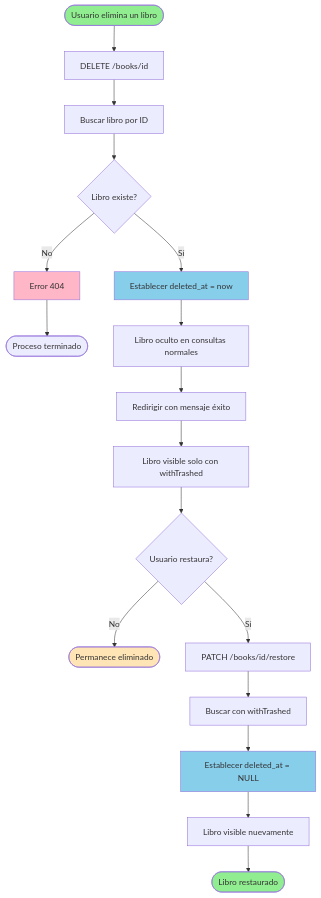
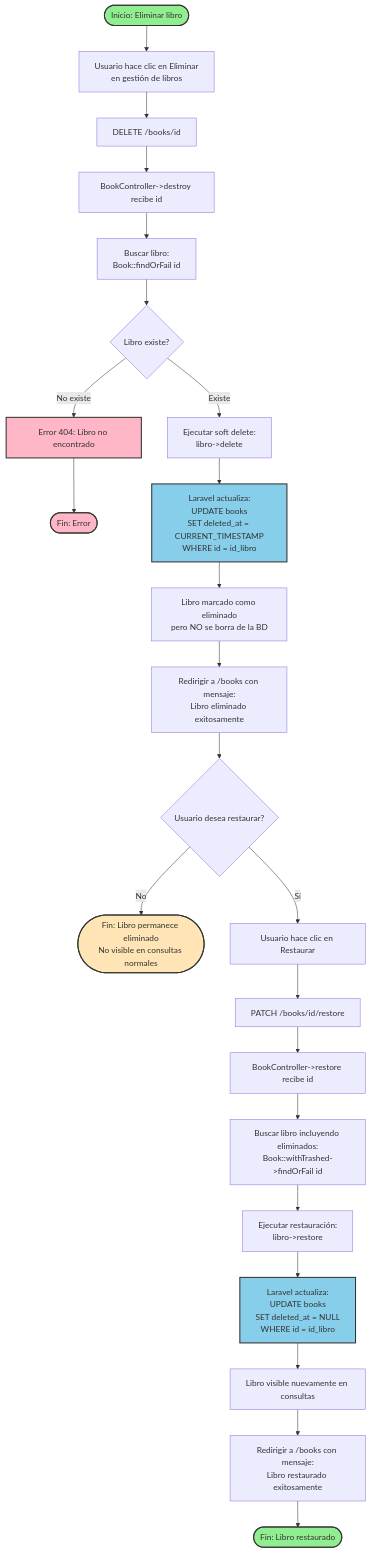
The sixth of 15 diagrams in DIAGRAMAS.md (CristoferGuillen/BiblioTech), drawn with Mermaid before and after one commit. The commit also changed other lines of this file, not shown here.

Commit message:
fix: corrige diagramas con información real y todo en español

````diff
--- a/DIAGRAMAS.md
+++ b/DIAGRAMAS.md
@@ -259,30 +302,40 @@
 ```mermaid
 flowchart TD
-    Start([Usuario elimina un libro]) --> DeleteRequest[DELETE /books/id]
-    DeleteRequest --> FindBook[Buscar libro por ID]
+    A([Inicio: Eliminar libro]) --> B[Usuario hace clic en Eliminar<br/>en gestión de libros]
+    B --> C[DELETE /books/id]
+    C --> D[BookController->destroy recibe id]
     
-    FindBook --> BookExists{Libro existe?}
-    BookExists -->|No| Error404[Error 404]
-    Error404 --> End([Proceso terminado])
+    D --> E[Buscar libro:<br/>Book::findOrFail id]
+    E --> F{Libro existe?}
     
-    BookExists -->|Sí| SoftDelete[Establecer deleted_at = now]
-    SoftDelete --> HideFromQueries[Libro oculto en consultas normales]
-    HideFromQueries --> SuccessDelete[Redirigir con mensaje éxito]
-    SuccessDelete --> ShowTrashed[Libro visible solo con withTrashed]
+    F -->|No existe| G[Error 404: Libro no encontrado]
+    G --> H([Fin: Error])
     
-    ShowTrashed --> RestoreAction{Usuario restaura?}
-    RestoreAction -->|No| StayDeleted([Permanece eliminado])
-    RestoreAction -->|Sí| RestoreRequest[PATCH /books/id/restore]
+    F -->|Existe| I[Ejecutar soft delete:<br/>libro->delete]
+    I --> J[Laravel actualiza:<br/>UPDATE books<br/>SET deleted_at = CURRENT_TIMESTAMP<br/>WHERE id = id_libro]
+    J --> K[Libro marcado como eliminado<br/>pero NO se borra de la BD]
+    K --> L[Redirigir a /books con mensaje:<br/>Libro eliminado exitosamente]
     
-    RestoreRequest --> FindTrashed[Buscar con withTrashed]
-    FindTrashed --> SetNull[Establecer deleted_at = NULL]
-    SetNull --> VisibleAgain[Libro visible nuevamente]
-    VisibleAgain --> EndRestore([Libro restaurado])
+    L --> M{Usuario desea restaurar?}
+    
+    M -->|No| N([Fin: Libro permanece eliminado<br/>No visible en consultas normales])
+    
+    M -->|Sí| O[Usuario hace clic en Restaurar]
+    O --> P[PATCH /books/id/restore]
+    P --> Q[BookController->restore recibe id]
+    Q --> R[Buscar libro incluyendo eliminados:<br/>Book::withTrashed->findOrFail id]
+    R --> S[Ejecutar restauración:<br/>libro->restore]
+    S --> T[Laravel actualiza:<br/>UPDATE books<br/>SET deleted_at = NULL<br/>WHERE id = id_libro]
+    T --> U[Libro visible nuevamente en consultas]
+    U --> V[Redirigir a /books con mensaje:<br/>Libro restaurado exitosamente]
+    
+    V --> W([Fin: Libro restaurado])
 
-    style Start fill:#90EE90
-    style EndRestore fill:#90EE90
-    style StayDeleted fill:#FFE4B5
-    style Error404 fill:#FFB6C6
-    style SoftDelete fill:#87CEEB
-    style SetNull fill:#87CEEB
+    style A fill:#90EE90,stroke:#333,stroke-width:2px
+    style W fill:#90EE90,stroke:#333,stroke-width:2px
+    style N fill:#FFE4B5,stroke:#333,stroke-width:2px
+    style H fill:#FFB6C6,stroke:#333,stroke-width:2px
+    style G fill:#FFB6C6,stroke:#333,stroke-width:2px
+    style J fill:#87CEEB,stroke:#333,stroke-width:2px
+    style T fill:#87CEEB,stroke:#333,stroke-width:2px
 ```
````
